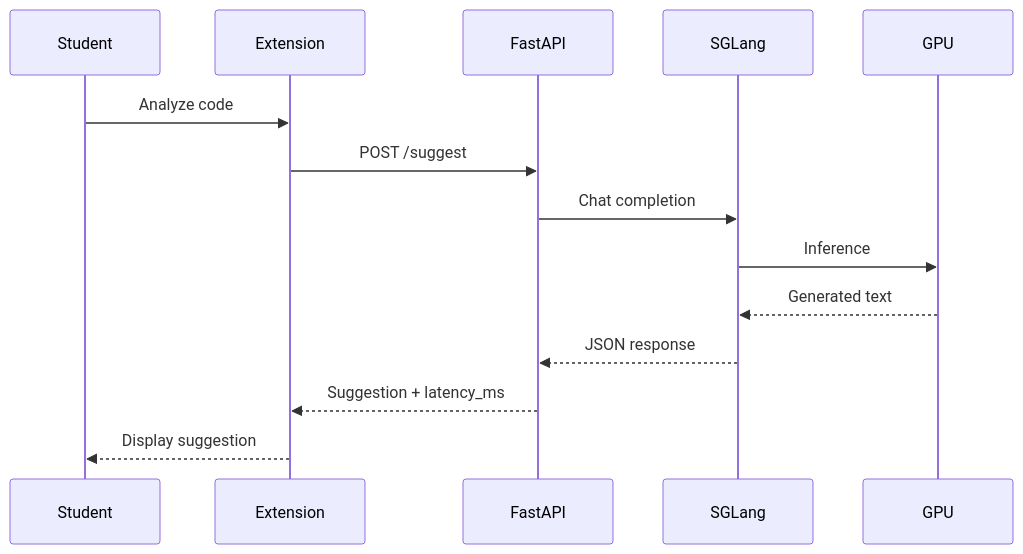
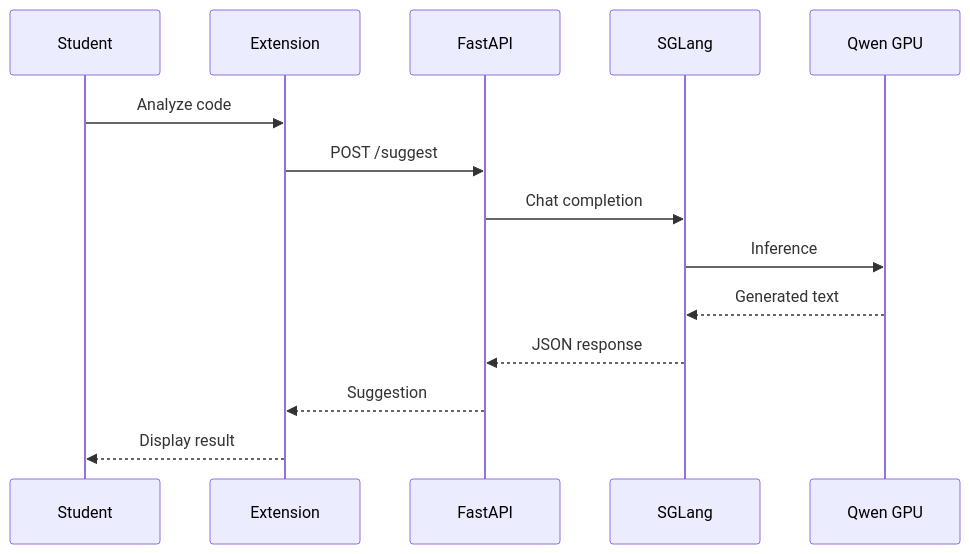
One commit to jaychauhan1/canvas-coding-assistant changed the second of 2 diagrams in README.md. Above: the diagram before and after it, drawn with Mermaid. The commit also changed other lines of this file and 1 other file, not shown here.

Commit message:
Fix architecture diagram rendering on GitHub.
Repair invalid SVG markup and quote Mermaid labels so flowcharts render correctly.

````diff
--- a/README.md
+++ b/README.md
@@ -39,17 +39,17 @@
 ```mermaid
 sequenceDiagram
     participant Student
     participant Extension
     participant FastAPI
     participant SGLang
-    participant GPU
+    participant Model as Qwen GPU
 
     Student->>Extension: Analyze code
     Extension->>FastAPI: POST /suggest
     FastAPI->>SGLang: Chat completion
-    SGLang->>GPU: Inference
-    GPU-->>SGLang: Generated text
+    SGLang->>Model: Inference
+    Model-->>SGLang: Generated text
     SGLang-->>FastAPI: JSON response
-    FastAPI-->>Extension: Suggestion + latency_ms
-    Extension-->>Student: Display suggestion
+    FastAPI-->>Extension: Suggestion
+    Extension-->>Student: Display result
 ```
````
